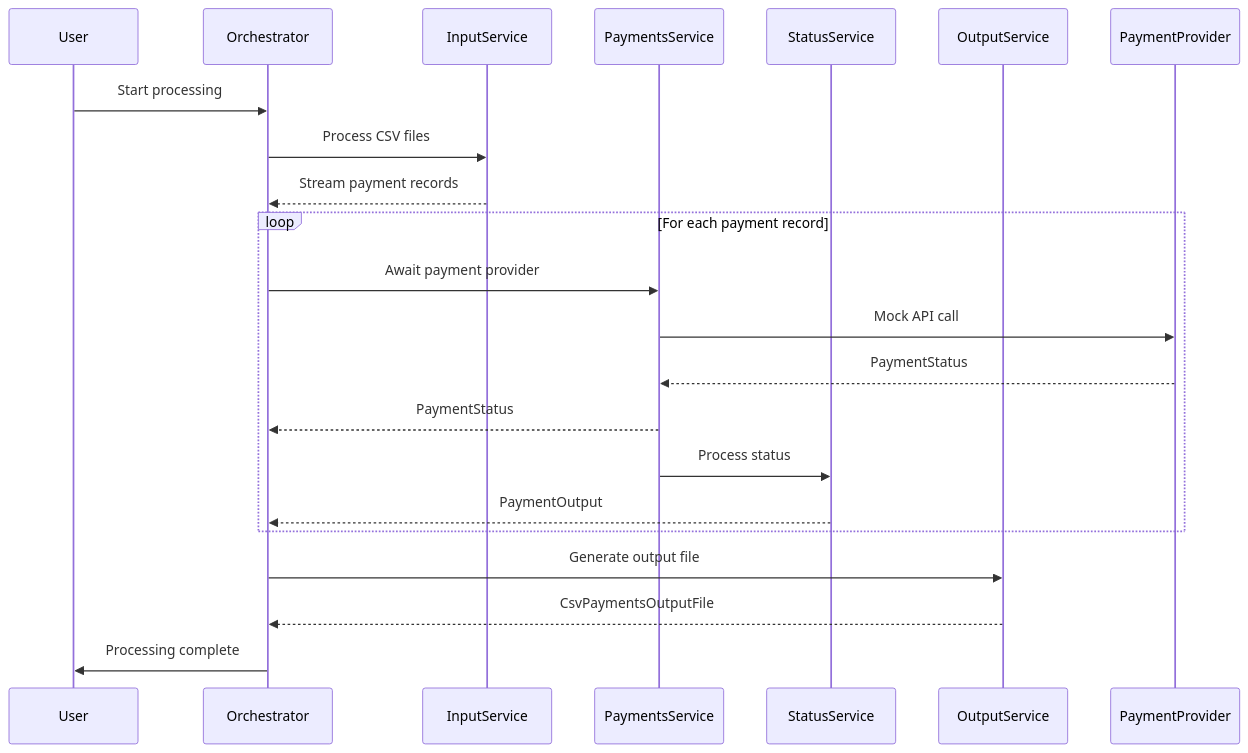
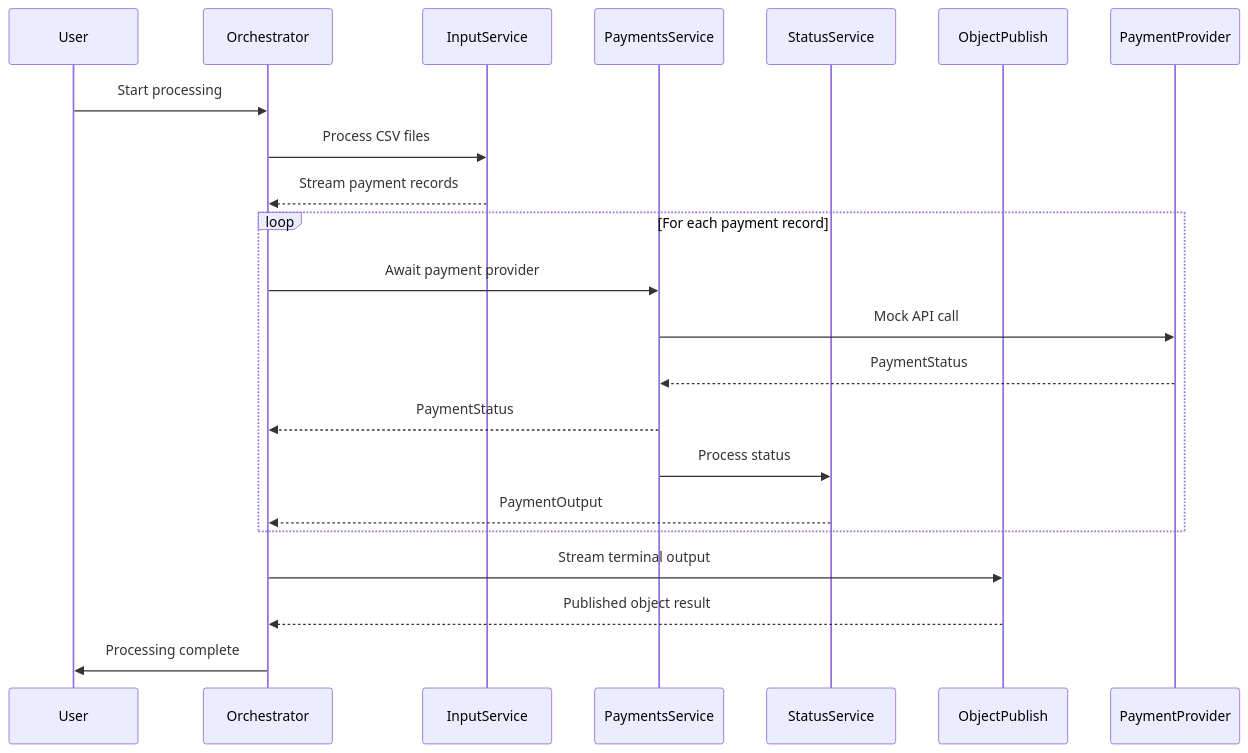
One commit to The-Pipeline-Framework/pipelineframework changed the second of 2 diagrams in examples/csv-payments/README.md. Above: the diagram before and after it, drawn with Mermaid. The commit also changed other lines of this file and 47 other files, not shown here.

Commit message:
Migrate CSV payments to object I/O connectors

````diff
--- a/examples/csv-payments/README.md
+++ b/examples/csv-payments/README.md
@@ -378,25 +354,25 @@
 ```mermaid
 sequenceDiagram
     participant User
     participant Orchestrator
     participant InputService
     participant PaymentsService
     participant StatusService
-    participant OutputService
+    participant ObjectPublish
     participant PaymentProvider
 
     User->>Orchestrator: Start processing
     Orchestrator->>InputService: Process CSV files
     InputService-->>Orchestrator: Stream payment records
     loop For each payment record
         Orchestrator->>PaymentsService: Await payment provider
         PaymentsService->>PaymentProvider: Mock API call
         PaymentProvider-->>PaymentsService: PaymentStatus
         PaymentsService-->>Orchestrator: PaymentStatus
         PaymentsService->>StatusService: Process status
         StatusService-->>Orchestrator: PaymentOutput
     end
-    Orchestrator->>OutputService: Generate output file
-    OutputService-->>Orchestrator: CsvPaymentsOutputFile
+    Orchestrator->>ObjectPublish: Stream terminal output
+    ObjectPublish-->>Orchestrator: Published object result
     Orchestrator->>User: Processing complete
 ```
````
